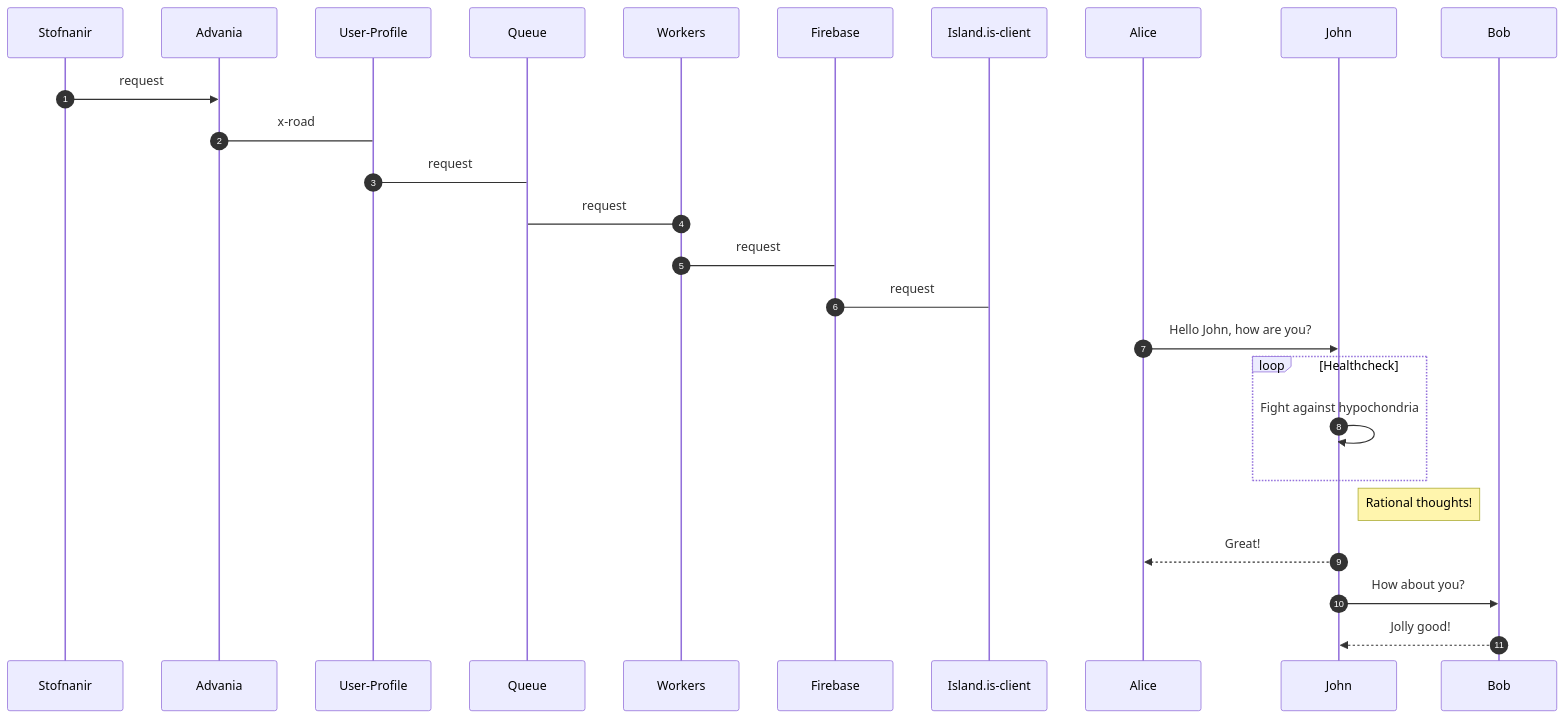
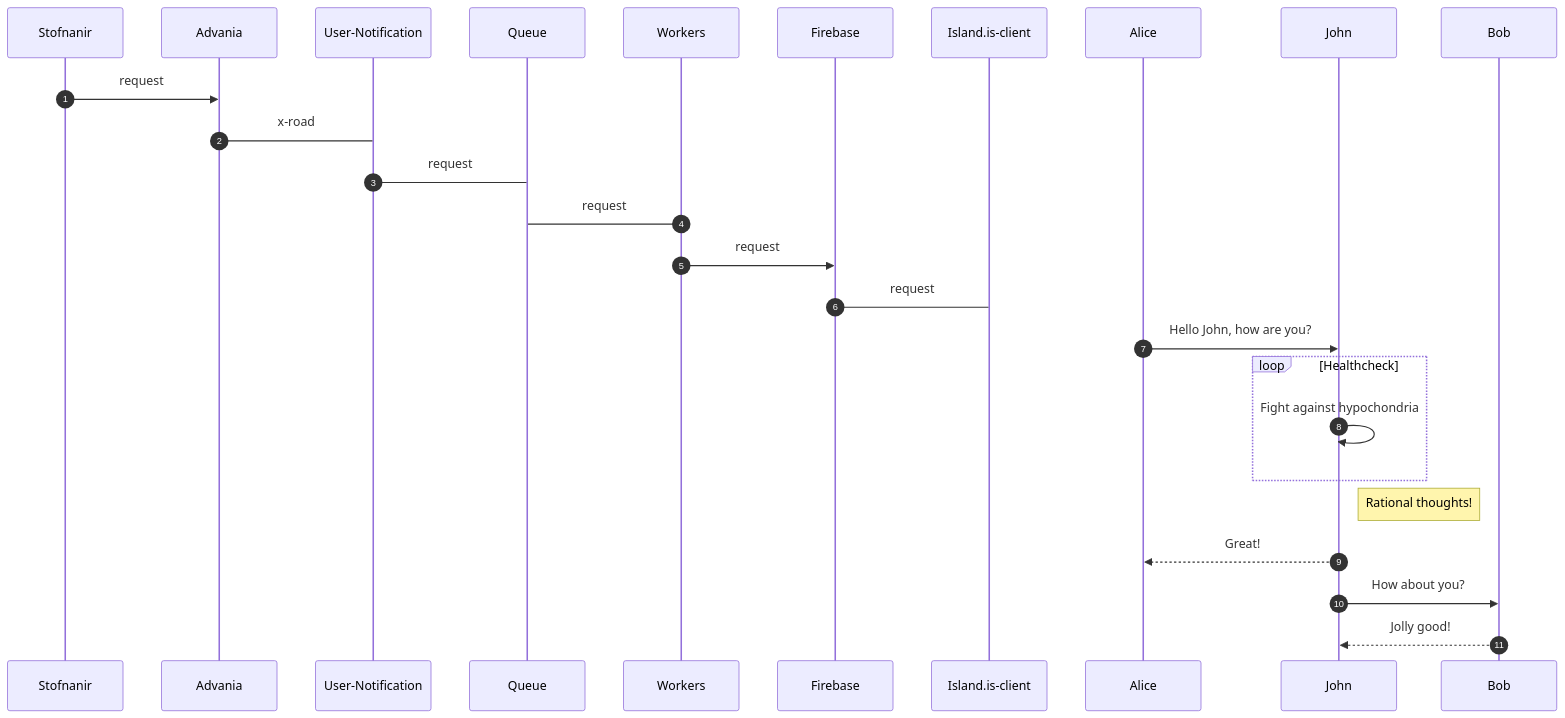
One commit to rafnarnason/bookish-fiesta changed the diagram in hnipp.md. Above: the diagram before and after it, drawn with Mermaid.

````diff
--- a/hnipp.md
+++ b/hnipp.md
@@ -1,20 +1,20 @@
 ```mermaid
 sequenceDiagram
     autonumber
     Stofnanir->>Advania:request
-    Advania->User-Profile:x-road
-    User-Profile->Queue:request
+    Advania->User-Notification:x-road
+    User-Notification->Queue:request
     Workers->Queue:request
-    Workers->Firebase:request
+    Workers->>Firebase:request
     Firebase->Island.is-client:request
     
     
     Alice->>John: Hello John, how are you?
     loop Healthcheck
         John->>John: Fight against hypochondria
     end
     Note right of John: Rational thoughts!
     John-->>Alice: Great!
     John->>Bob: How about you?
     Bob-->>John: Jolly good!
 ```
````
